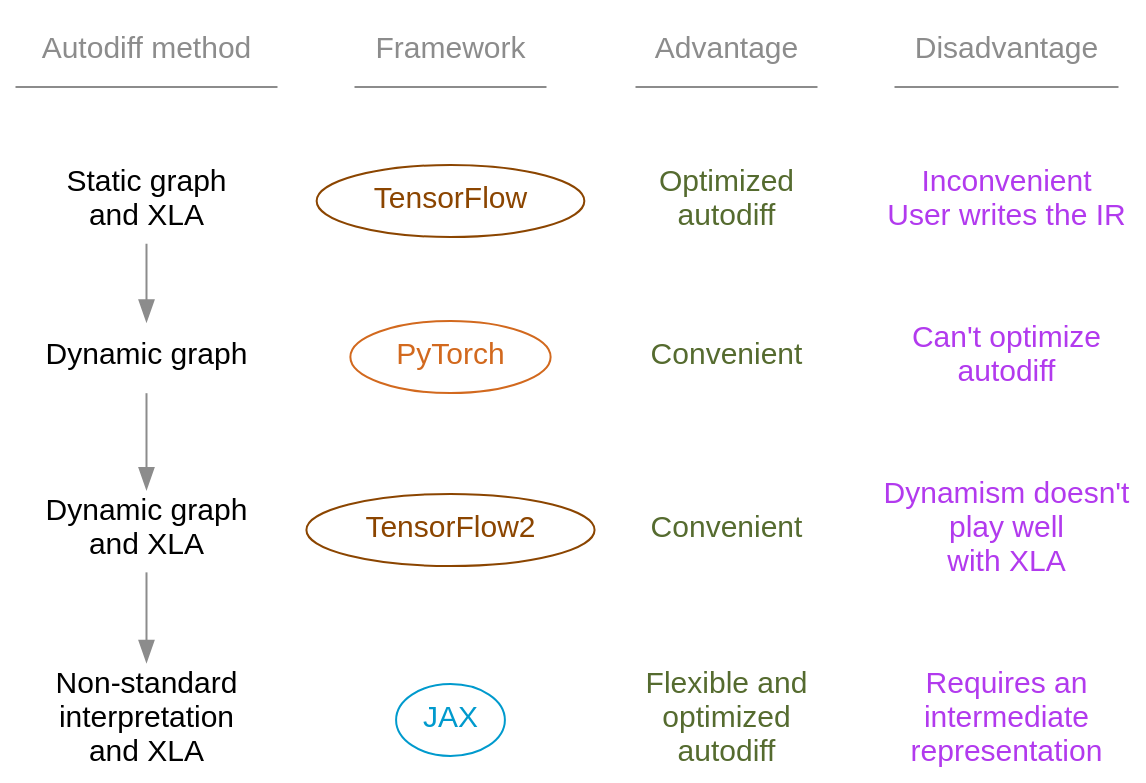
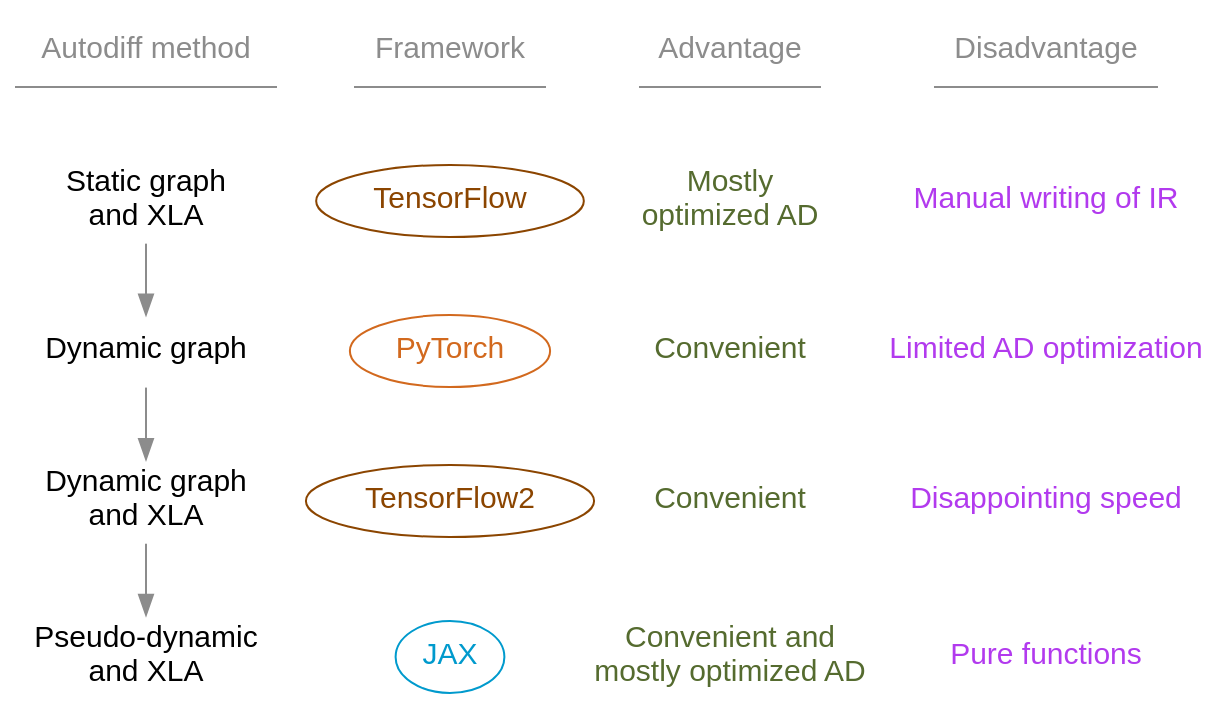
The diagram in ai/jx_why.qmd (WestDRI/arc-training), drawn with Graphviz before and after one commit. The commit also changed other lines of this file, not shown here.

Commit message:
why: add section on what jax is + improve diagram from chris blog

````diff
--- a/ai/jx_why.qmd
+++ b/ai/jx_why.qmd
@@ -68,54 +74,54 @@
 ```{dot}
 //| echo: false
 //| fig-height: 450px
 
 strict digraph {
   
 bgcolor="transparent"
 graph [fontname="Inconsolata, sans-serif"]
 node [fontname="Inconsolata, sans-serif", fontsize=15]
 
 01 [label="Autodiff method", shape=underline, group=g1, group=g1, fontcolor=gray55, color=gray55]
 1 [label="Static graph\nand XLA", shape=plaintext, group=g1, group=g1]
 2 [label="Dynamic graph", shape=plaintext, group=g1]
 4 [label="Dynamic graph\nand XLA", shape=plaintext, group=g1]
-5 [label="Non-standard\ninterpretation\nand XLA", shape=plaintext, group=g1]
+5 [label="Pseudo-dynamic\nand XLA", shape=plaintext, group=g1]
 
 02 [label="Framework", shape=plaintext, group=g2, shape=underline, fontcolor=gray55, color=gray55]
 a [label="TensorFlow", shape=plaintext, group=g2, shape=oval, color=darkorange4, fontcolor=darkorange4]
 b [label="PyTorch", shape=plaintext, group=g2, shape=oval, color=chocolate, fontcolor=chocolate]
 d [label="TensorFlow2", shape=plaintext, group=g2, shape=oval, color=darkorange4, fontcolor=darkorange4]
 e [label="JAX", shape=plaintext, group=g2, shape=oval, color=deepskyblue3, fontcolor=deepskyblue3]
 
 03 [label=Advantage, shape=underline, group=g3, fontcolor=gray55, color=gray55]
-7 [label="Optimized\nautodiff", shape=plaintext, fontcolor=darkolivegreen, group=g3]
+7 [label="Mostly\noptimized AD", shape=plaintext, fontcolor=darkolivegreen, group=g3]
 8 [label="Convenient", shape=plaintext, fontcolor=darkolivegreen, group=g3]
 9 [label="Convenient", shape=plaintext, fontcolor=darkolivegreen, group=g3]
-10 [label="Flexible and\noptimized\nautodiff", shape=plaintext, fontcolor=darkolivegreen, group=g3]
+10 [label="Convenient and\nmostly optimized AD", shape=plaintext, fontcolor=darkolivegreen, group=g3]
 
 04 [label=Disadvantage, shape=underline, group=g4, fontcolor=gray55, color=gray55]
-A [label="Inconvenient\nUser writes the IR", shape=plaintext, fontcolor=darkorchid2, group=g4]
-B [label="Can't optimize\nautodiff", shape=plaintext, fontcolor=darkorchid2, group=g4]
-D [label="Dynamism doesn't\nplay well\nwith XLA", shape=plaintext, fontcolor=darkorchid2, group=g4]
-E [label="Requires an\nintermediate\nrepresentation", shape=plaintext, fontcolor=darkorchid2, group=g4]
+A [label="Manual writing of IR", shape=plaintext, fontcolor=darkorchid2, group=g4]
+B [label="Limited AD optimization", shape=plaintext, fontcolor=darkorchid2, group=g4]
+D [label="Disappointing speed", shape=plaintext, fontcolor=darkorchid2, group=g4]
+E [label="Pure functions", shape=plaintext, fontcolor=darkorchid2, group=g4]
 
 {rank=same; 01 02 03 04}
 {rank=same; 1 a 7 A}
 {rank=same; 2 b 8 B}
 {rank=same; 4 d 9 D}
 {rank=same; 5 e 10 E}
 
 01 -> 02 -> 03 -> 04 [style=invis]
 1 -> a -> 7 -> A [style=invis]
 2 -> b -> 8 -> B [style=invis]
 4 -> d -> 9 -> D [style=invis]
 5 -> e -> 10 -> E [style=invis]
 
 01 -> 1 [style=invis]
 1 -> 2 -> 4 -> 5 [color=gray55]
 02 -> a -> b -> d -> e [style=invis]
 03 -> 7 -> 8 -> 9 -> 10 [style=invis]
 04 -> A -> B -> D -> E [style=invis]
 
 }
 ```
````
